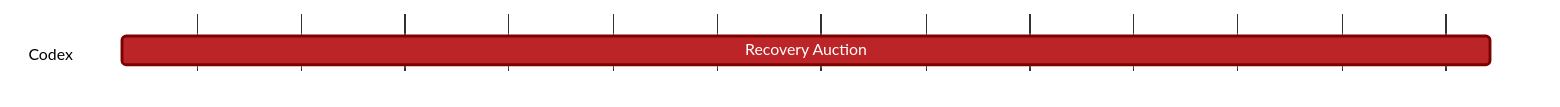
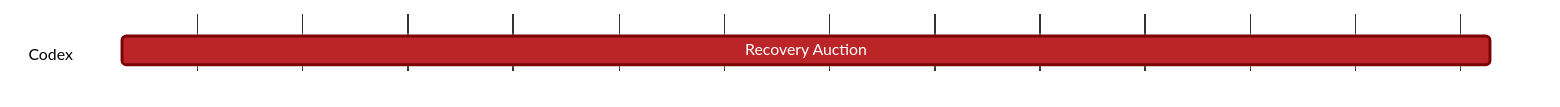
Before and after one commit to logos-co/roadmap: the diagram in content/vac/tke/g/codex/recovery-auction.md, drawn with Mermaid.

````diff
--- a/content/vac/tke/g/codex/recovery-auction.md
+++ b/content/vac/tke/g/codex/recovery-auction.md
@@ -7,19 +7,19 @@
 ```mermaid
 %%{ 
   init: { 
     'theme': 'base', 
     'themeVariables': { 
       'primaryColor': '#BB2528', 
       'primaryTextColor': '#fff', 
       'primaryBorderColor': '#7C0000', 
       'lineColor': '#F8B229', 
       'secondaryColor': '#006100', 
       'tertiaryColor': '#fff' 
     } 
   } 
 }%%
 gantt
 	dateFormat YYYY-MM-DD
 	section Codex
-		Recovery Auction :, 2024-10-01, 2025-01-01
+		Recovery Auction :, 2024-10-01, 2024-12-31
 ```
````
